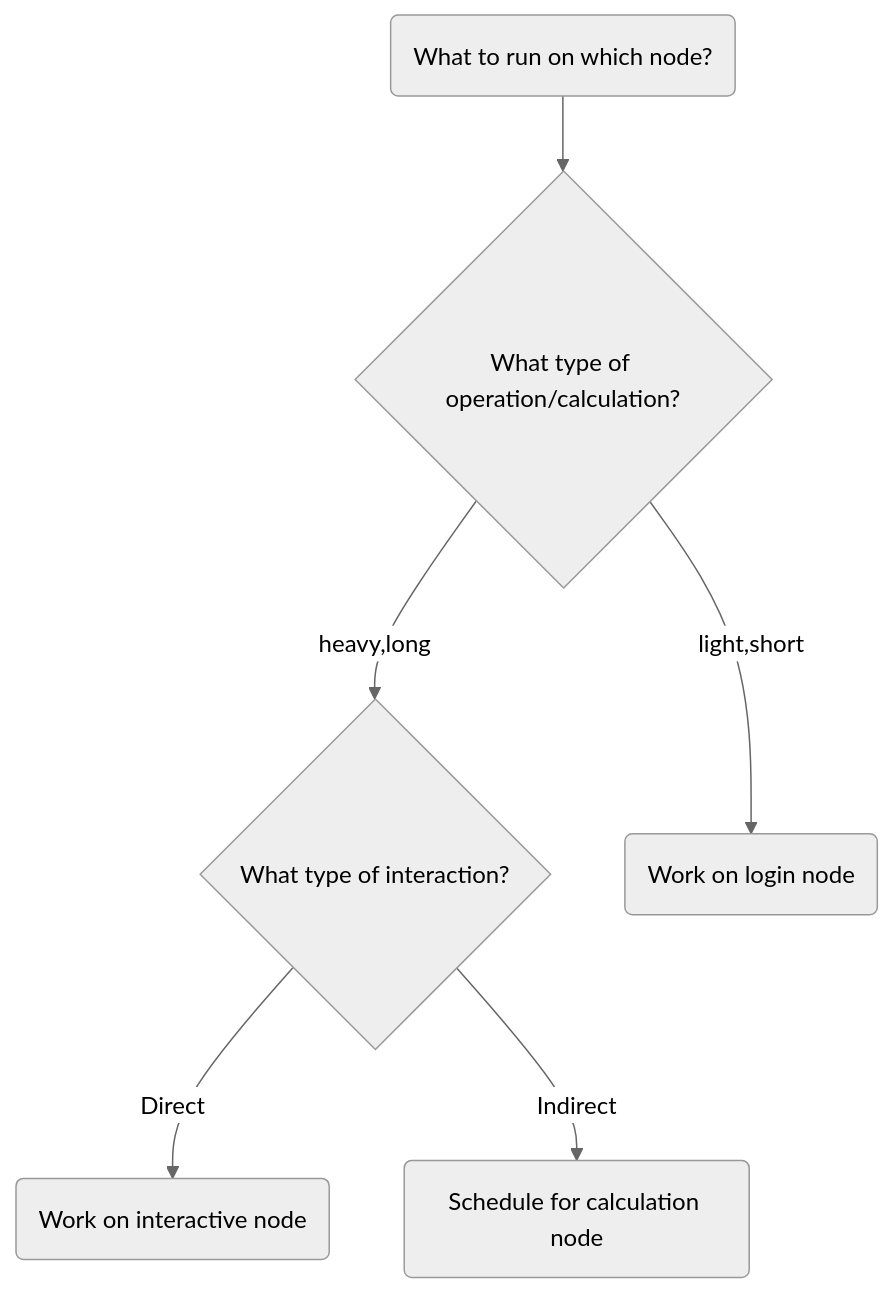
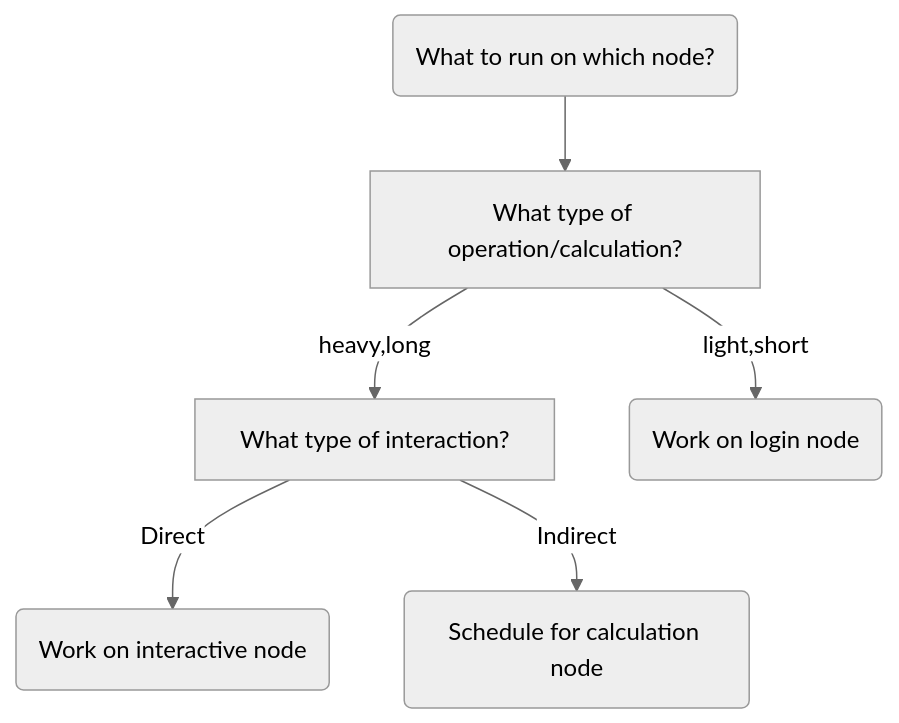
One commit to UPPMAX/UPPMAX-documentation changed the diagram in docs/cluster_guides/start_interactive_node_on_bianca.md. Above: the diagram before and after it, drawn with Mermaid (neutral theme).

Commit message:
Use rectangles, as diamonds take up too much vertical space

````diff
--- a/docs/cluster_guides/start_interactive_node_on_bianca.md
+++ b/docs/cluster_guides/start_interactive_node_on_bianca.md
@@ -68,15 +68,15 @@
 ```mermaid
 flowchart TD
     UPPMAX(What to run on which node?)
-    operation_type{What type of operation/calculation?}
-    interaction_type{What type of interaction?}
+    operation_type[What type of operation/calculation?]
+    interaction_type[What type of interaction?]
     login_node(Work on login node)
     interactive_node(Work on interactive node)
     calculation_node(Schedule for calculation node)
 
     UPPMAX-->operation_type
     operation_type-->|light,short|login_node
     operation_type-->|heavy,long|interaction_type
     interaction_type-->|Direct|interactive_node
     interaction_type-->|Indirect|calculation_node
 ```
````
